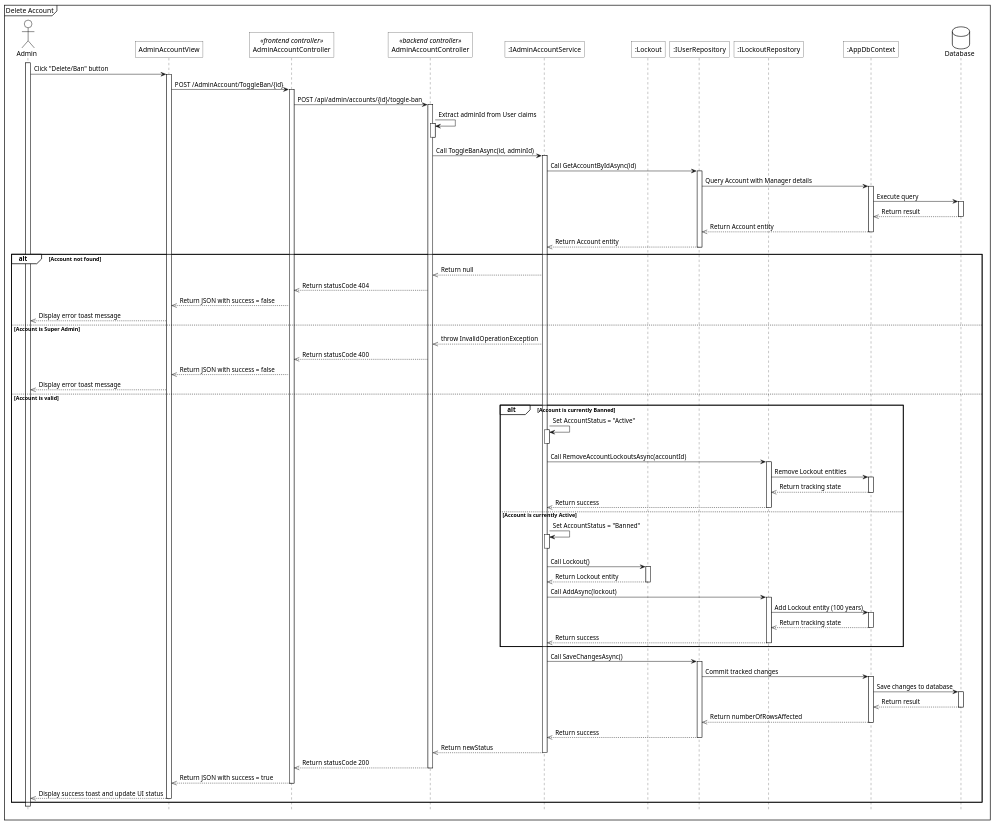
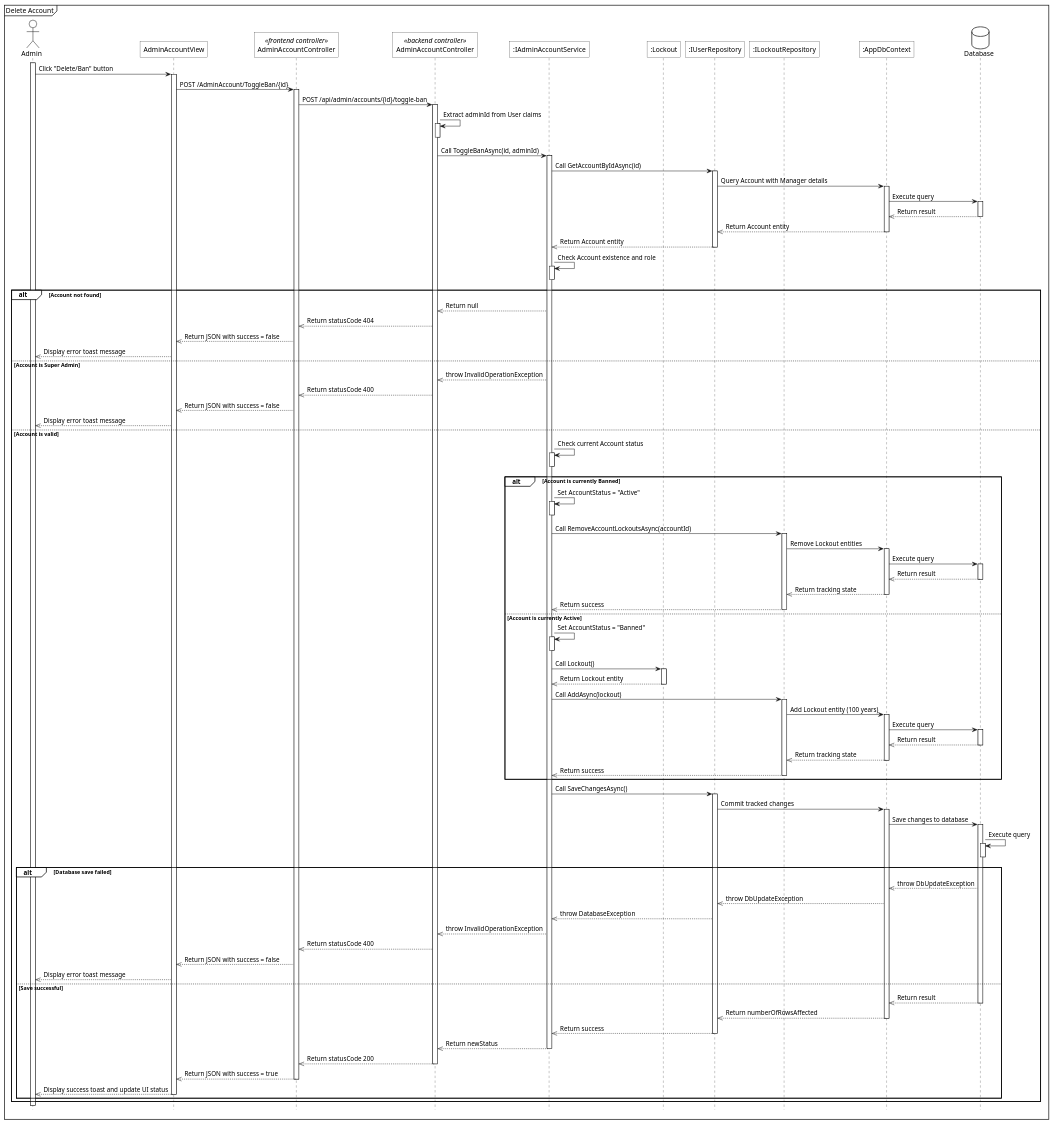
The diagram in diagrams/sequence/manage_account/sq_delete_account.plantuml (1000do/Linked), drawn with PlantUML before and after one commit. The commit also changed 15 other files, not shown here.

Commit message:
sequence cua tao

```diff
--- a/diagrams/sequence/manage_account/sq_delete_account.plantuml
+++ b/diagrams/sequence/manage_account/sq_delete_account.plantuml
@@ -1,101 +1,125 @@
 @startuml 
 <style>
     sequenceDiagram{
         actor{
             BackgroundColor white
             LineThickness 1.0
         }
         participant{
             BackgroundColor white
             RoundCorner 0
         }
         database{
             BackgroundColor white
         }
         groupHeader{
             BackgroundColor white
         }
         referenceHeader{
             BackgroundColor white
         }
         reference{
             BackgroundColor white
         }
     }
 </style>
 
 hide footbox
 
 mainframe Delete Account
 actor Admin as act
 
 participant "AdminAccountView" as view
 participant "AdminAccountController" as fe_ctrl <<frontend controller>>
 participant "AdminAccountController" as be_ctrl <<backend controller>>
 participant ":IAdminAccountService" as sv
 participant ":Lockout" as lockout_ett
 participant ":IUserRepository" as u_repo
 participant ":ILockoutRepository" as lockout_repo
 participant ":AppDbContext" as ctx
 database Database as db
 
 act++
 act->view++: Click "Delete/Ban" button
 view->fe_ctrl++: POST /AdminAccount/ToggleBan/{id}
 
 fe_ctrl->be_ctrl++: POST /api/admin/accounts/{id}/toggle-ban
 
 be_ctrl->be_ctrl++: Extract adminId from User claims
 be_ctrl--
 
 be_ctrl->sv++: Call ToggleBanAsync(id, adminId)
 
 sv->u_repo++: Call GetAccountByIdAsync(id)
 u_repo->ctx++: Query Account with Manager details
 ctx->db++: Execute query
 db-->>ctx--: Return result
 ctx-->>u_repo--: Return Account entity
 u_repo-->>sv--: Return Account entity
 
+sv->sv++: Check Account existence and role
+sv--
+
 alt Account not found
     sv-->>be_ctrl: Return null
     be_ctrl-->>fe_ctrl: Return statusCode 404
     fe_ctrl-->>view: Return JSON with success = false
     view-->>act: Display error toast message
 else Account is Super Admin
     sv-->>be_ctrl: throw InvalidOperationException
     be_ctrl-->>fe_ctrl: Return statusCode 400
     fe_ctrl-->>view: Return JSON with success = false
     view-->>act: Display error toast message
 else Account is valid
+    sv->sv++: Check current Account status
+    sv--
+    
     alt Account is currently Banned
         sv->sv++: Set AccountStatus = "Active"
         sv--
         sv->lockout_repo++: Call RemoveAccountLockoutsAsync(accountId)
         lockout_repo->ctx++: Remove Lockout entities
+        ctx->db++: Execute query
+        db-->>ctx--: Return result
         ctx-->>lockout_repo--: Return tracking state
         lockout_repo-->>sv--: Return success
     else Account is currently Active
         sv->sv++: Set AccountStatus = "Banned"
         sv--
         sv->lockout_ett++: Call Lockout()
         lockout_ett-->>sv--: Return Lockout entity
         sv->lockout_repo++: Call AddAsync(lockout)
         lockout_repo->ctx++: Add Lockout entity (100 years)
+        ctx->db++: Execute query
+        db-->>ctx--: Return result
         ctx-->>lockout_repo--: Return tracking state
         lockout_repo-->>sv--: Return success
     end
     
     sv->u_repo++: Call SaveChangesAsync()
     u_repo->ctx++: Commit tracked changes
     ctx->db++: Save changes to database
-    db-->>ctx--: Return result
-    ctx-->>u_repo--: Return numberOfRowsAffected
-    u_repo-->>sv--: Return success
     
-    sv-->>be_ctrl--: Return newStatus
-    be_ctrl-->>fe_ctrl--: Return statusCode 200
-    fe_ctrl-->>view--: Return JSON with success = true
-    view-->>act--: Display success toast and update UI status
+    db->db++: Execute query
+    db--
+    
+    alt Database save failed
+        db-->>ctx: throw DbUpdateException
+        ctx-->>u_repo: throw DbUpdateException
+        u_repo-->>sv: throw DatabaseException
+        sv-->>be_ctrl: throw InvalidOperationException
+        be_ctrl-->>fe_ctrl: Return statusCode 400
+        fe_ctrl-->>view: Return JSON with success = false
+        view-->>act: Display error toast message
+    else Save successful
+        db-->>ctx--: Return result
+        ctx-->>u_repo--: Return numberOfRowsAffected
+        u_repo-->>sv--: Return success
+        
+        sv-->>be_ctrl--: Return newStatus
+        be_ctrl-->>fe_ctrl--: Return statusCode 200
+        fe_ctrl-->>view--: Return JSON with success = true
+        view-->>act--: Display success toast and update UI status
+    end
 end
 @enduml
```
